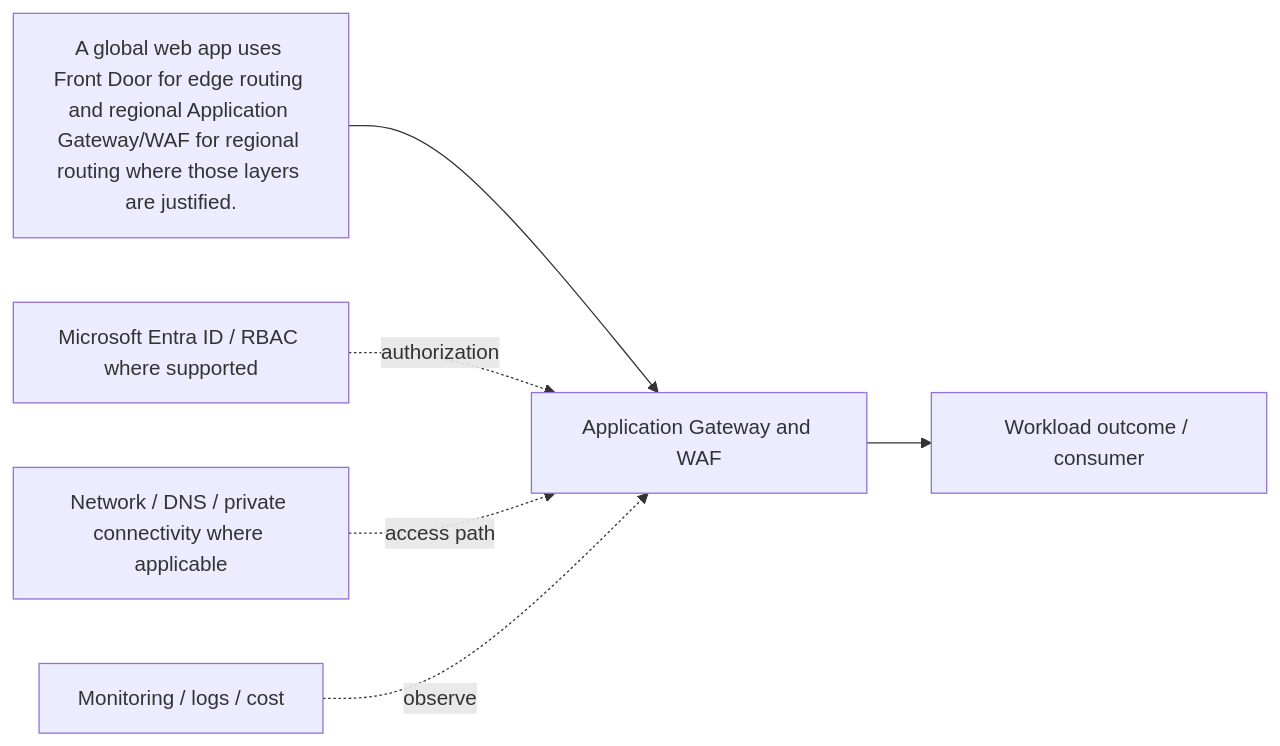
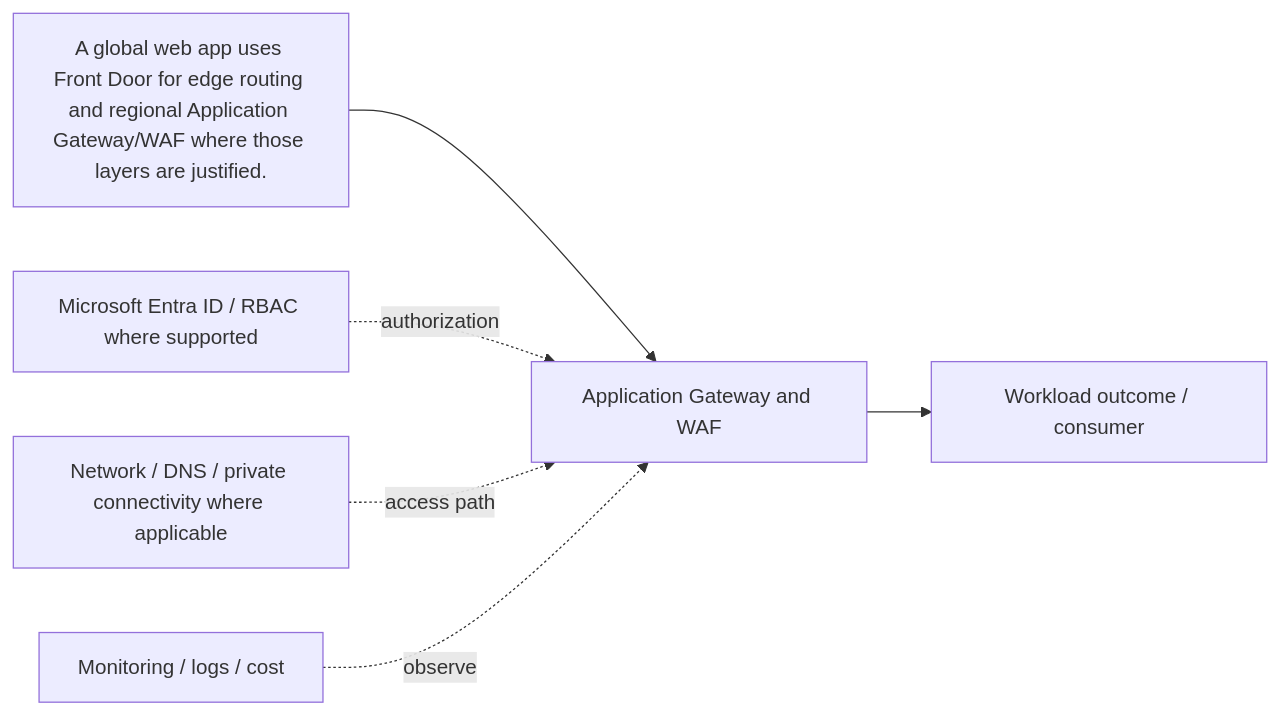
One commit to tripathies/azure-master-vault changed the diagram in D-traffic-management-delivery/application-gateway-and-waf/README.md. Above: the diagram before and after it, drawn with Mermaid. The commit also changed other lines of this file and 105 other files, not shown here.

````diff
--- a/D-traffic-management-delivery/application-gateway-and-waf/README.md
+++ b/D-traffic-management-delivery/application-gateway-and-waf/README.md
@@ -18,7 +33,7 @@
-```mermaid
+~~~mermaid
 flowchart LR
-  Source["A global web app uses Front Door for edge routing and regional Application Gateway/WAF for regional routing where those layers are justified."] --> Component["Application Gateway and WAF"] --> Outcome["Workload outcome / consumer"]
+  Source["A global web app uses Front Door for edge routing and regional Application Gateway/WAF where those layers are justified."] --> Component["Application Gateway and WAF"] --> Outcome["Workload outcome / consumer"]
   Identity["Microsoft Entra ID / RBAC where supported"] -. authorization .-> Component
   Network["Network / DNS / private connectivity where applicable"] -. access path .-> Component
   Operations["Monitoring / logs / cost"] -. observe .-> Component
-```
+~~~
````
